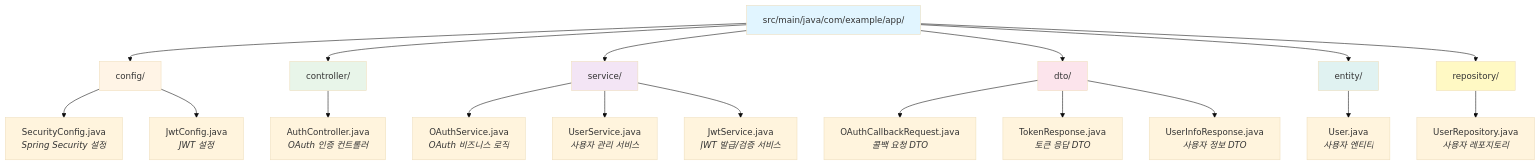
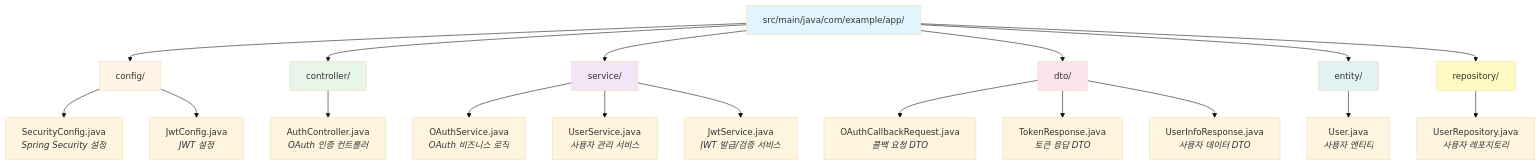
Before and after one commit to themoment-team/datagsm-front: the third of 5 diagrams in apps/docs/src/app/oauth/examples/nextjs-spring-boot/page.mdx, drawn with Mermaid (base theme). The commit also changed other lines of this file and 31 other files, not shown here.

````diff
--- a/apps/docs/src/app/oauth/examples/nextjs-spring-boot/page.mdx
+++ b/apps/docs/src/app/oauth/examples/nextjs-spring-boot/page.mdx
@@ -460,34 +460,34 @@
 ```mermaid
 graph TD
     A[src/main/java/com/example/app/] --> B[config/]
     A --> C[controller/]
     A --> D[service/]
     A --> E[dto/]
     A --> F[entity/]
     A --> G[repository/]
 
     B --> B1[SecurityConfig.java<br/><i>Spring Security 설정</i>]
     B --> B2[JwtConfig.java<br/><i>JWT 설정</i>]
 
     C --> C1[AuthController.java<br/><i>OAuth 인증 컨트롤러</i>]
 
     D --> D1[OAuthService.java<br/><i>OAuth 비즈니스 로직</i>]
     D --> D2[UserService.java<br/><i>사용자 관리 서비스</i>]
     D --> D3[JwtService.java<br/><i>JWT 발급/검증 서비스</i>]
 
     E --> E1[OAuthCallbackRequest.java<br/><i>콜백 요청 DTO</i>]
     E --> E2[TokenResponse.java<br/><i>토큰 응답 DTO</i>]
-    E --> E3[UserInfoResponse.java<br/><i>사용자 정보 DTO</i>]
+    E --> E3[UserInfoResponse.java<br/><i>사용자 데이터 DTO</i>]
 
     F --> F1[User.java<br/><i>사용자 엔티티</i>]
 
     G --> G1[UserRepository.java<br/><i>사용자 레포지토리</i>]
 
     style A fill:#e1f5ff
     style B fill:#fff4e6
     style C fill:#e8f5e9
     style D fill:#f3e5f5
     style E fill:#fce4ec
     style F fill:#e0f2f1
     style G fill:#fff9c4
 ```
````
